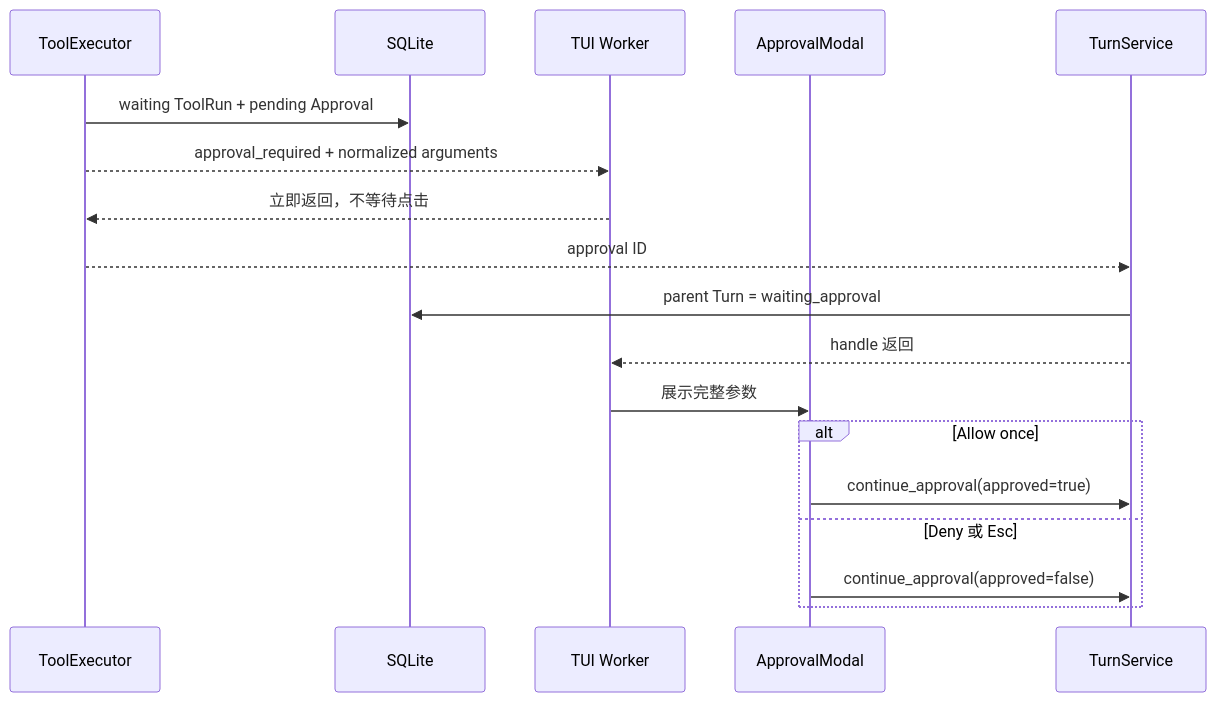
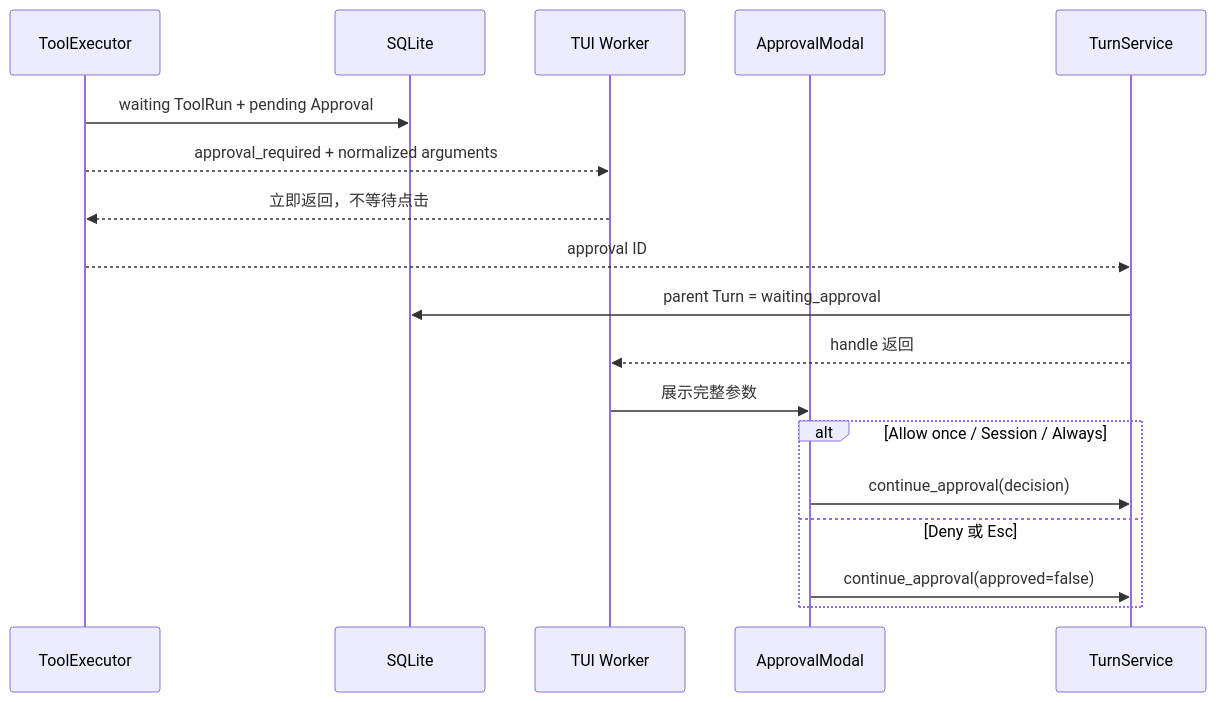
The sixth of 7 diagrams in docs/engineering/phase-2/single-entry-tui.md (NEDONION/lobster0), drawn with Mermaid before and after one commit. The commit also changed other lines of this file and 18 other files, not shown here.

````diff
--- a/docs/engineering/phase-2/single-entry-tui.md
+++ b/docs/engineering/phase-2/single-entry-tui.md
@@ -214,21 +222,21 @@
 ```mermaid
 sequenceDiagram
     participant Exec as ToolExecutor
     participant DB as SQLite
     participant UI as TUI Worker
     participant Modal as ApprovalModal
     participant Turn as TurnService
 
     Exec->>DB: waiting ToolRun + pending Approval
     Exec-->>UI: approval_required + normalized arguments
     UI-->>Exec: 立即返回，不等待点击
     Exec-->>Turn: approval ID
     Turn->>DB: parent Turn = waiting_approval
     Turn-->>UI: handle 返回
     UI->>Modal: 展示完整参数
-    alt Allow once
-        Modal->>Turn: continue_approval(approved=true)
+    alt Allow once / Session / Always
+        Modal->>Turn: continue_approval(decision)
     else Deny 或 Esc
         Modal->>Turn: continue_approval(approved=false)
     end
 ```
````
